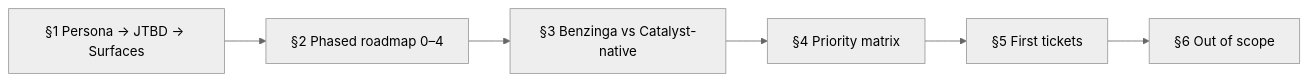
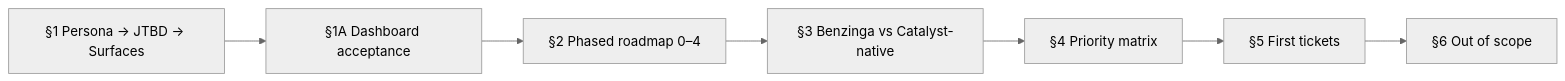
The first of 12 diagrams in docs/research/ENGINEER-UX-FEATURE-ROADMAP-VISUAL.md (catalystintel/catalyst-intel), drawn with Mermaid (neutral theme) before and after one commit. The commit also changed other lines of this file and 2 other files, not shown here.

First line of the commit message:
docs: professionalize dashboard JTBD acceptance criteria

````diff
--- a/docs/research/ENGINEER-UX-FEATURE-ROADMAP-VISUAL.md
+++ b/docs/research/ENGINEER-UX-FEATURE-ROADMAP-VISUAL.md
@@ -12,8 +12,9 @@
 ```mermaid
 flowchart LR
-  A[§1 Persona → JTBD → Surfaces] --> B[§2 Phased roadmap 0–4]
+  A[§1 Persona → JTBD → Surfaces] --> A2[§1A Dashboard acceptance]
+  A2 --> B[§2 Phased roadmap 0–4]
   B --> C[§3 Benzinga vs Catalyst-native]
   C --> D[§4 Priority matrix]
   D --> E[§5 First tickets]
   E --> F[§6 Out of scope]
 ```
````
